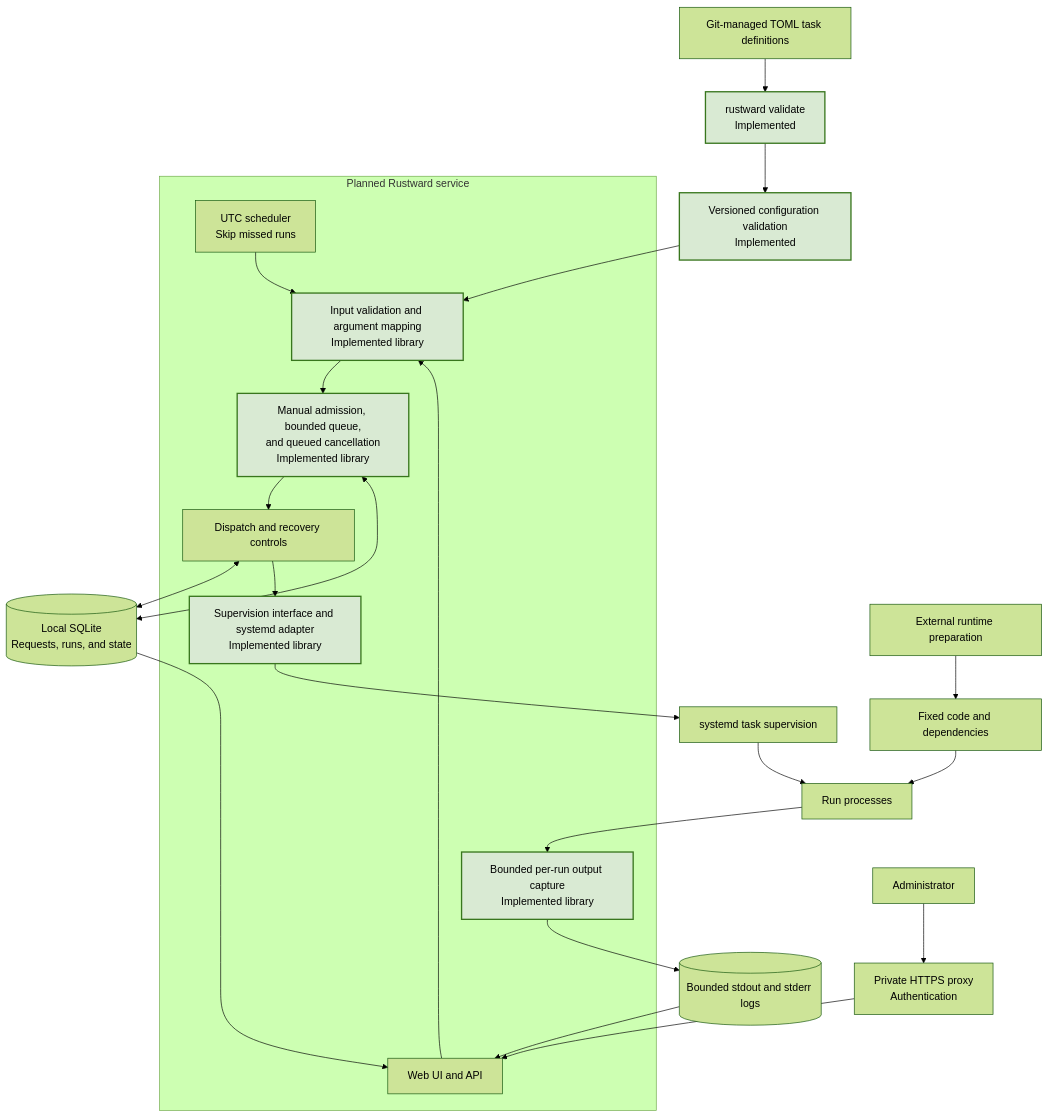
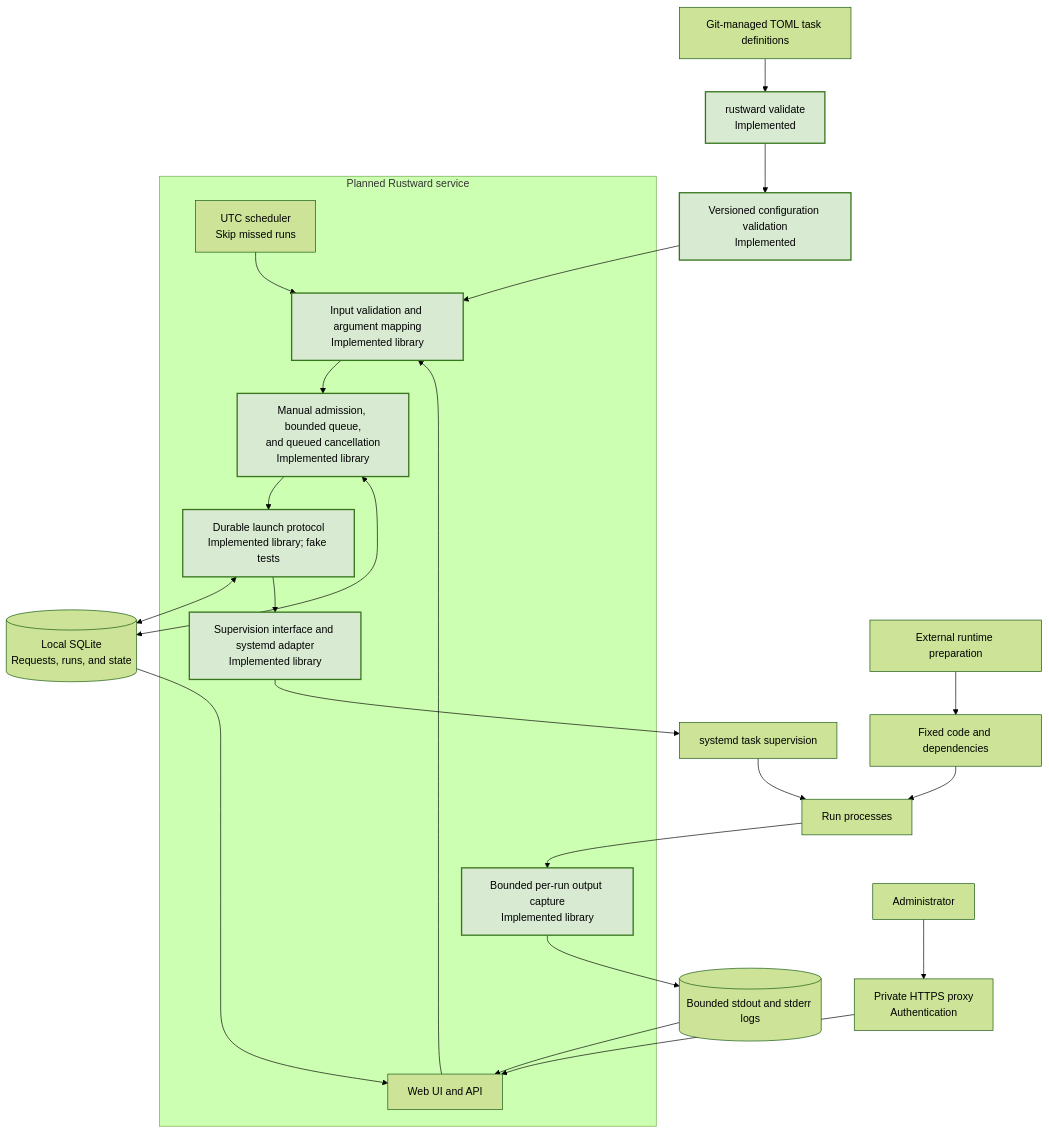
One commit to chrizpower/rustward changed the diagram in docs/ARCHITECTURE.md. Above: the diagram before and after it, drawn with Mermaid (forest theme). The commit also changed other lines of this file and 20 other files, not shown here.

Commit message:
feat: add durable dispatch protocol

````diff
--- a/docs/ARCHITECTURE.md
+++ b/docs/ARCHITECTURE.md
@@ -15,46 +15,46 @@
 ```mermaid
 flowchart TB
     Git["Git-managed TOML task definitions"]
     CLI["rustward validate<br/>Implemented"]
     Config["Versioned configuration validation<br/>Implemented"]
 
     Admin["Administrator"]
     Proxy["Private HTTPS proxy<br/>Authentication"]
 
     subgraph Service["Planned Rustward service"]
         UI["Web UI and API"]
         Cron["UTC scheduler<br/>Skip missed runs"]
         Inputs["Input validation and argument mapping<br/>Implemented library"]
         Queue["Manual admission, bounded queue,<br/>and queued cancellation<br/>Implemented library"]
-        Dispatch["Dispatch and recovery controls"]
+        Dispatch["Durable launch protocol<br/>Implemented library; fake tests"]
         Adapter["Supervision interface and systemd adapter<br/>Implemented library"]
         Capture["Bounded per-run output capture<br/>Implemented library"]
     end
 
     DB[("Local SQLite<br/>Requests, runs, and state")]
     Prepare["External runtime preparation"]
     Runtime["Fixed code and dependencies"]
     Systemd["systemd task supervision"]
     Task["Run processes"]
     Logs[("Bounded stdout and stderr logs")]
 
     Git --> CLI --> Config
     Config --> Inputs
 
     Admin --> Proxy --> UI
     UI --> Inputs
     Cron --> Inputs
     Inputs --> Queue --> Dispatch
     Queue <--> DB
     Dispatch <--> DB
 
     Prepare --> Runtime
     Dispatch --> Adapter --> Systemd --> Task
     Runtime --> Task
     Task --> Capture --> Logs
     Logs --> UI
     DB --> UI
 
     classDef implemented fill:#d9ead3,stroke:#38761d,stroke-width:2px
-    class CLI,Config,Inputs,Queue,Adapter,Capture implemented
+    class CLI,Config,Inputs,Queue,Dispatch,Adapter,Capture implemented
 ```
````
